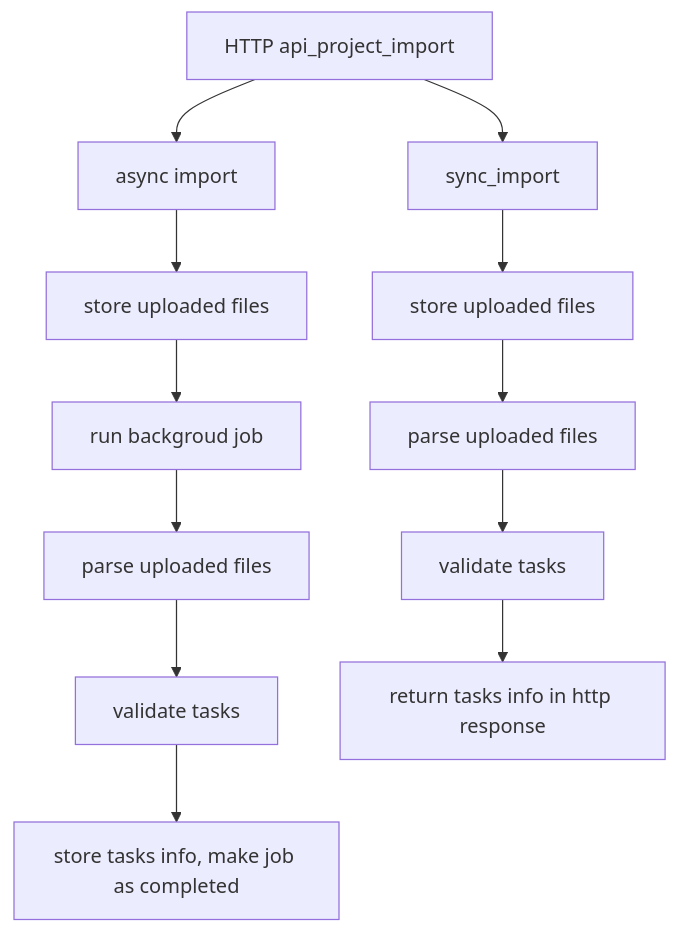
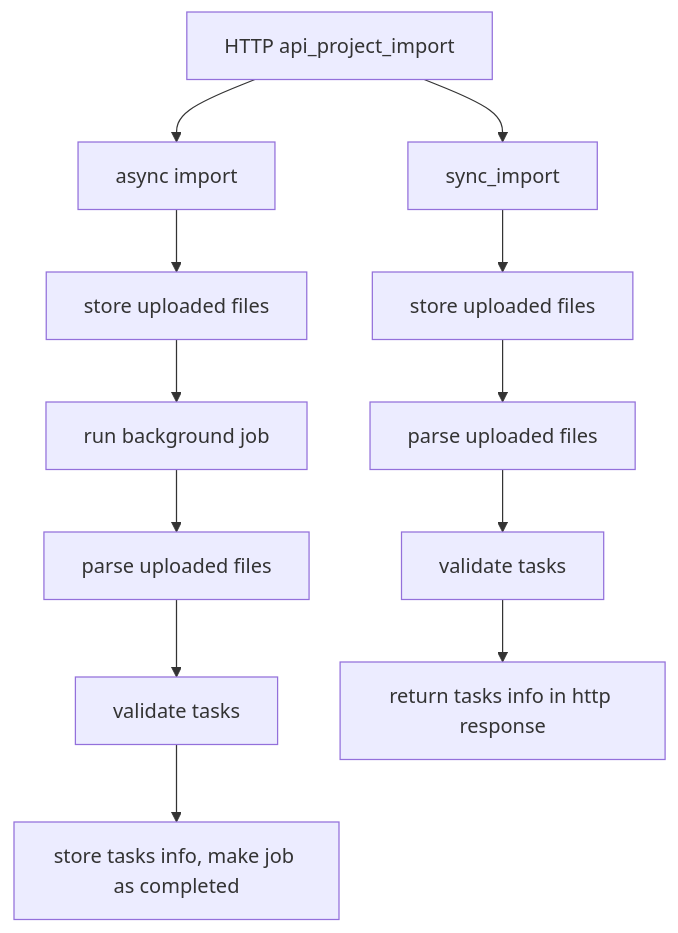
The diagram in label_studio/data_import/README.md (HumanSignal/label-studio), drawn with Mermaid before and after one commit.

Commit message:
Fix typo in docs (LSDV-4915)

````diff
--- a/label_studio/data_import/README.md
+++ b/label_studio/data_import/README.md
@@ -7,14 +7,14 @@
 ```mermaid
 flowchart TD
     A[HTTP api_project_import] --> B[async import]
     A --> C[sync_import]
     B --> D[store uploaded files]
-    D --> E[run backgroud job]
+    D --> E[run background job]
     E --> F[parse uploaded files]
     F --> G[validate tasks]
     G --> H[store tasks info, make job as completed]
     C --> I[store uploaded files]
     I --> J[parse uploaded files]
     J --> K[validate tasks]
     K --> L[return tasks info in http response]
 ```
````
